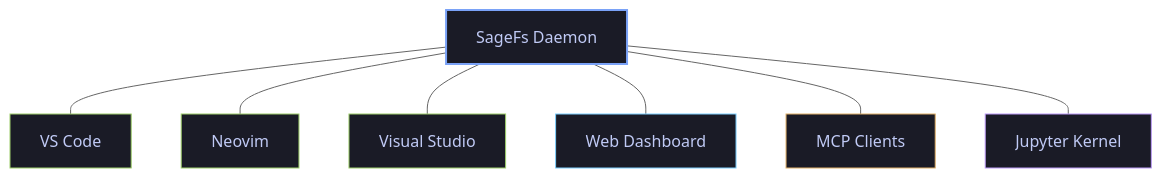
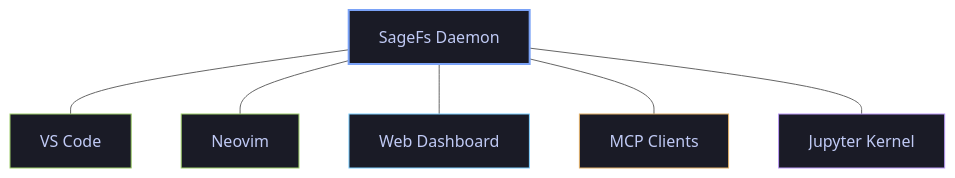
The first of 2 diagrams in Readme.md (WillEhrendreich/SageFs), drawn with Mermaid (neutral theme) before and after one commit. The commit also changed other lines of this file and 5 other files, not shown here.

First line of the commit message:
chore(vs): deprecate the Visual Studio extension

````diff
--- a/Readme.md
+++ b/Readme.md
@@ -74,19 +74,17 @@
 ```mermaid
 flowchart TB
     D[SageFs Daemon]
 
     D --- VS[VS Code]
     D --- NV[Neovim]
-    D --- VI[Visual Studio]
     D --- WB[Web Dashboard]
     D --- AI[MCP Clients]
     D --- JP[Jupyter Kernel]
 
     style D fill:#1a1b26,stroke:#7aa2f7,stroke-width:2px,color:#c0caf5
     style VS fill:#1a1b26,stroke:#9ece6a,color:#c0caf5
     style NV fill:#1a1b26,stroke:#9ece6a,color:#c0caf5
-    style VI fill:#1a1b26,stroke:#9ece6a,color:#c0caf5
     style WB fill:#1a1b26,stroke:#7dcfff,color:#c0caf5
     style AI fill:#1a1b26,stroke:#e0af68,color:#c0caf5
     style JP fill:#1a1b26,stroke:#bb9af7,color:#c0caf5
 ```
````
